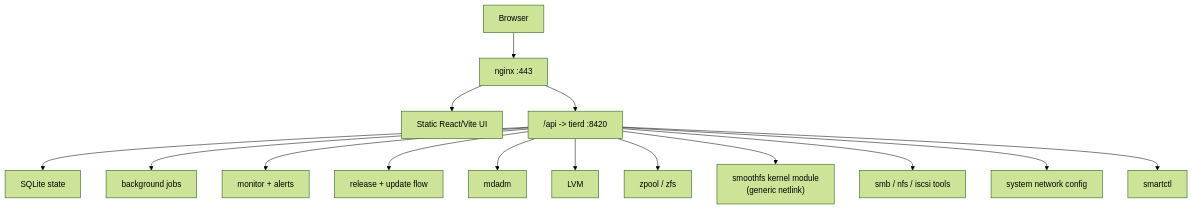
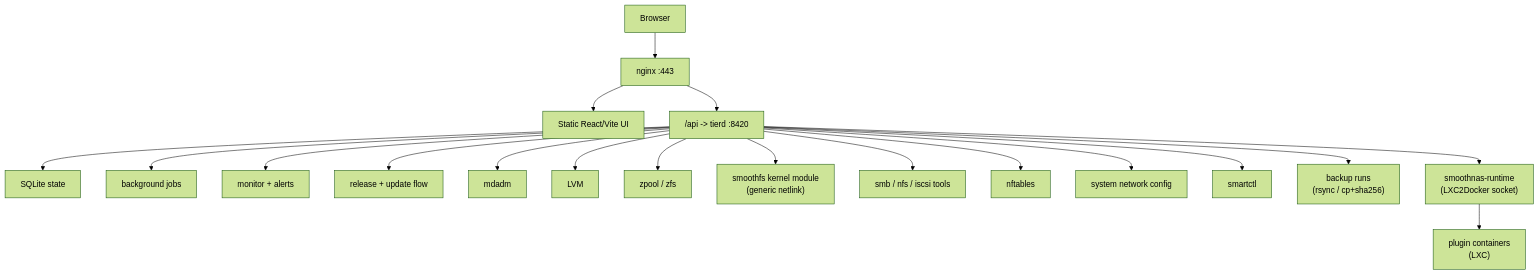
One commit to RakuenSoftware/smoothnas changed the first of 5 diagrams in docs/ARCHITECTURE.md. Above: the diagram before and after it, drawn with Mermaid (forest theme). The commit also changed other lines of this file and 5 other files, not shown here.

````diff
--- a/docs/ARCHITECTURE.md
+++ b/docs/ARCHITECTURE.md
@@ -7,19 +7,23 @@
 ```mermaid
 flowchart TD
     Browser["Browser"] --> HTTPS["nginx :443"]
     HTTPS --> UI["Static React/Vite UI"]
     HTTPS --> API["/api -> tierd :8420"]
 
     API --> DB["SQLite state"]
     API --> Jobs["background jobs"]
     API --> Monitor["monitor + alerts"]
     API --> Updater["release + update flow"]
 
     API --> Mdadm["mdadm"]
     API --> LVM["LVM"]
     API --> ZFS["zpool / zfs"]
     API --> Smoothfs["smoothfs kernel module\n(generic netlink)"]
     API --> Sharing["smb / nfs / iscsi tools"]
+    API --> Firewall["nftables"]
     API --> Network["system network config"]
     API --> Smart["smartctl"]
+    API --> Backup["backup runs\n(rsync / cp+sha256)"]
+    API --> Runtime["smoothnas-runtime\n(LXC2Docker socket)"]
+    Runtime --> Plugins["plugin containers\n(LXC)"]
 ```
````
